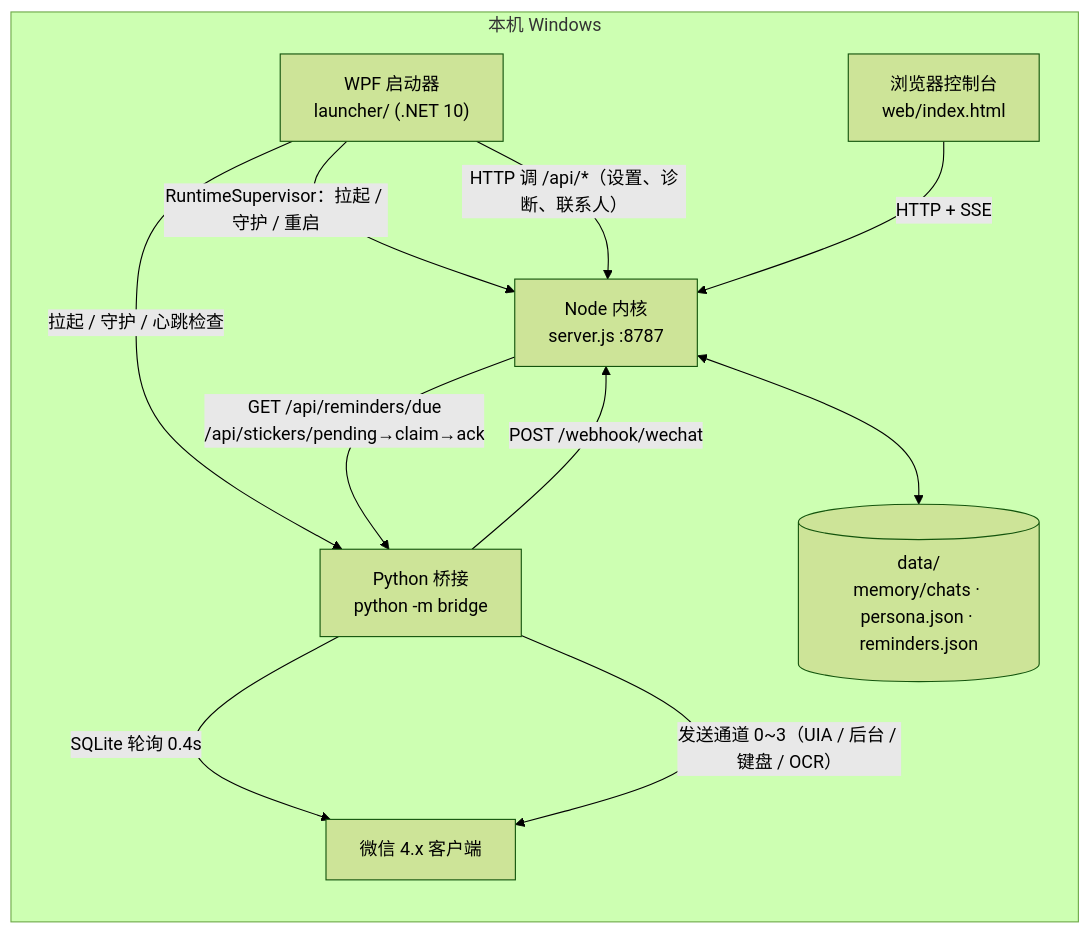
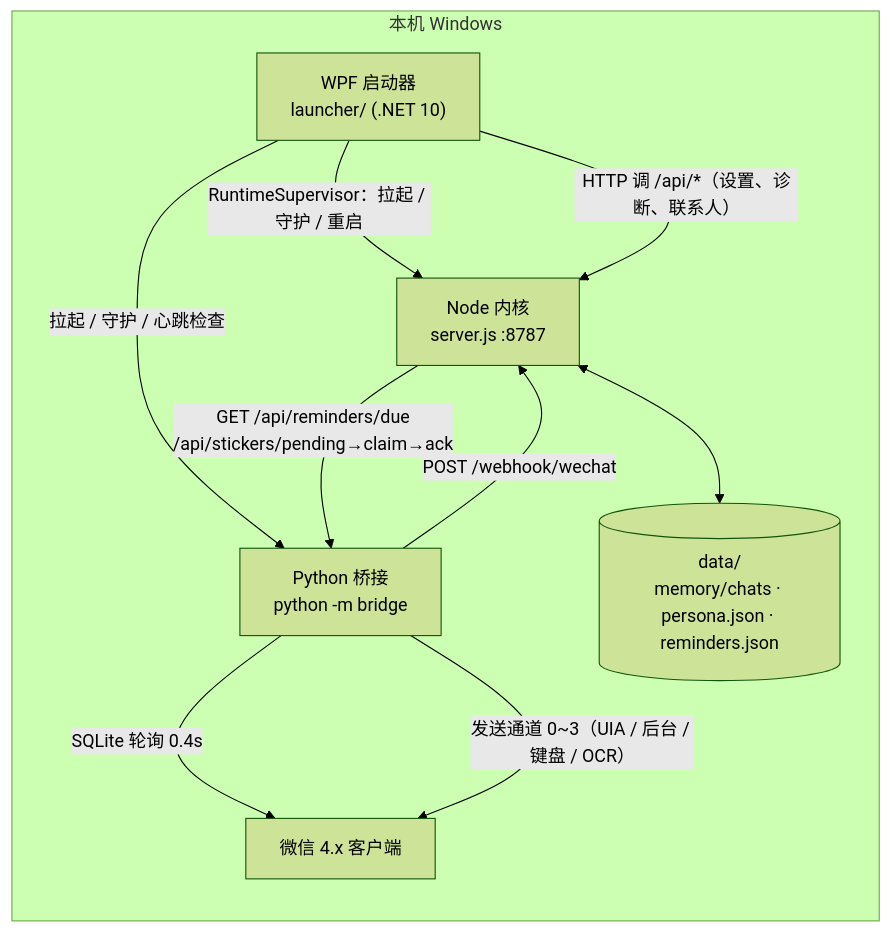
The first of 3 diagrams in docs/架构总览.md (Banan1cee/whale_gril), drawn with Mermaid (forest theme) before and after one commit. The commit also changed other lines of this file and 69 other files, not shown here.

````diff
--- a/docs/架构总览.md
+++ b/docs/架构总览.md
@@ -16,21 +16,19 @@
 ```mermaid
 flowchart LR
   subgraph PC["本机 Windows"]
     L["WPF 启动器<br/>launcher/ (.NET 10)"]
     N["Node 内核<br/>server.js :8787"]
     P["Python 桥接<br/>python -m bridge"]
     WX["微信 4.x 客户端"]
-    WEB["浏览器控制台<br/>web/index.html"]
     D[("data/<br/>memory/chats · persona.json · reminders.json")]
   end
 
   L -- "RuntimeSupervisor：拉起 / 守护 / 重启" --> N
   L -- "拉起 / 守护 / 心跳检查" --> P
   L -- "HTTP 调 /api/*（设置、诊断、联系人）" --> N
-  WEB -- "HTTP + SSE" --> N
   P -- "SQLite 轮询 0.4s" --> WX
   P -- "发送通道 0~3（UIA / 后台 / 键盘 / OCR）" --> WX
   P -- "POST /webhook/wechat" --> N
   N -- "GET /api/reminders/due<br/>/api/stickers/pending→claim→ack" --> P
   N <--> D
 ```
````
